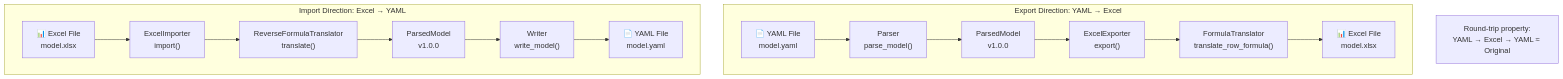
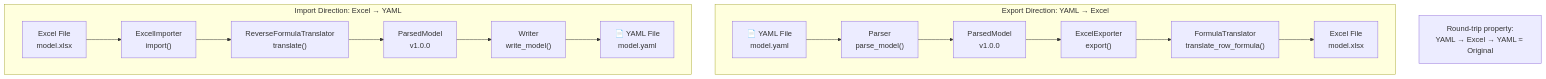
Before and after one commit to mollendorff-ai/forge: the first of 5 diagrams in docs/architecture/05-EXCEL-INTEGRATION.md, drawn with Mermaid. The commit also changed other lines of this file and 20 other files, not shown here.

````diff
--- a/docs/architecture/05-EXCEL-INTEGRATION.md
+++ b/docs/architecture/05-EXCEL-INTEGRATION.md
@@ -83,34 +83,34 @@
 ```mermaid
 graph TB
     subgraph "Export Direction: YAML → Excel"
         YAMLFile1["📄 YAML File<br/>model.yaml"]
         Parser1["Parser<br/>parse_model()"]
         Model1["ParsedModel<br/>v1.0.0"]
         Exporter["ExcelExporter<br/>export()"]
         FormulaT["FormulaTranslator<br/>translate_row_formula()"]
-        ExcelFile1["📊 Excel File<br/>model.xlsx"]
+        ExcelFile1["Excel File<br/>model.xlsx"]
 
         YAMLFile1 --> Parser1
         Parser1 --> Model1
         Model1 --> Exporter
         Exporter --> FormulaT
         FormulaT --> ExcelFile1
     end
 
     subgraph "Import Direction: Excel → YAML"
-        ExcelFile2["📊 Excel File<br/>model.xlsx"]
+        ExcelFile2["Excel File<br/>model.xlsx"]
         Importer["ExcelImporter<br/>import()"]
         ReverseT["ReverseFormulaTranslator<br/>translate()"]
         Model2["ParsedModel<br/>v1.0.0"]
         Writer["Writer<br/>write_model()"]
         YAMLFile2["📄 YAML File<br/>model.yaml"]
 
         ExcelFile2 --> Importer
         Importer --> ReverseT
         ReverseT --> Model2
         Model2 --> Writer
         Writer --> YAMLFile2
     end
 
     RoundTrip["Round-trip property:<br/>YAML → Excel → YAML ≈ Original"]
 ```
````
